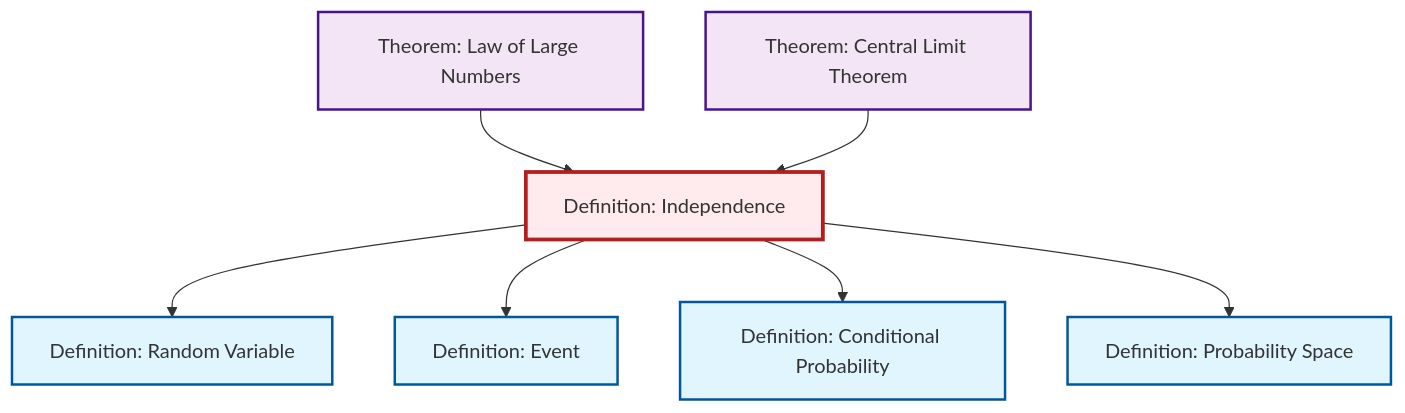
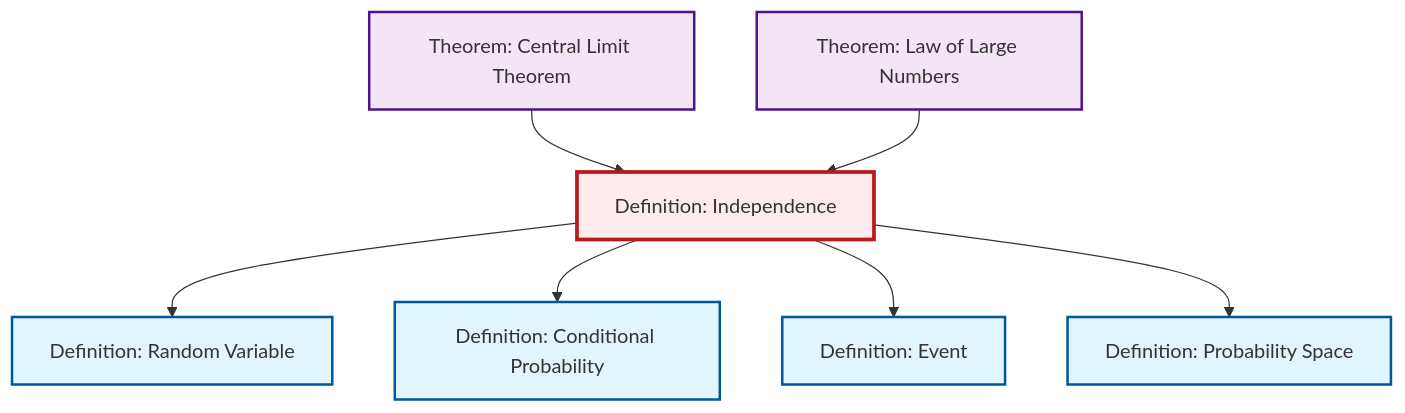
Before and after one commit to RK0429/ModernMath: the diagram in content/ja/probability-statistics/def-independence.qmd, drawn with Mermaid. The commit also changed other lines of this file and 619 other files, not shown here.

````diff
--- a/content/ja/probability-statistics/def-independence.qmd
+++ b/content/ja/probability-statistics/def-independence.qmd
@@ -114,29 +114,29 @@
 ```{mermaid}
 %%| fig-cap: "Local dependency graph"
 graph TD
     classDef definition fill:#e1f5fe,stroke:#01579b,stroke-width:2px
     classDef theorem fill:#f3e5f5,stroke:#4a148c,stroke-width:2px
     classDef axiom fill:#fff3e0,stroke:#e65100,stroke-width:2px
     classDef example fill:#e8f5e9,stroke:#1b5e20,stroke-width:2px
     classDef current fill:#ffebee,stroke:#b71c1c,stroke-width:3px
+    thm-central-limit["Theorem: Central Limit Theorem"]:::theorem
+    def-event["Definition: Event"]:::definition
+    thm-law-of-large-numbers["Theorem: Law of Large Numbers"]:::theorem
     def-probability-space["Definition: Probability Space"]:::definition
-    thm-law-of-large-numbers["Theorem: Law of Large Numbers"]:::theorem
-    def-conditional-probability["Definition: Conditional Probability"]:::definition
     def-random-variable["Definition: Random Variable"]:::definition
     def-independence["Definition: Independence"]:::definition
-    def-event["Definition: Event"]:::definition
-    thm-central-limit["Theorem: Central Limit Theorem"]:::theorem
+    def-conditional-probability["Definition: Conditional Probability"]:::definition
+    thm-central-limit --> def-independence
     def-independence --> def-random-variable
+    def-independence --> def-conditional-probability
     def-independence --> def-event
-    def-independence --> def-conditional-probability
     thm-law-of-large-numbers --> def-independence
-    thm-central-limit --> def-independence
     def-independence --> def-probability-space
     class def-independence current
+    click thm-central-limit "thm-central-limit.html" "Theorem: Central Limit Theoremへ"
+    click def-event "def-event.html" "Definition: Eventへ"
+    click thm-law-of-large-numbers "thm-law-of-large-numbers.html" "Theorem: Law of Large Numbersへ"
     click def-probability-space "def-probability-space.html" "Definition: Probability Spaceへ"
-    click thm-law-of-large-numbers "thm-law-of-large-numbers.html" "Theorem: Law of Large Numbersへ"
+    click def-random-variable "def-random-variable.html" "Definition: Random Variableへ"
     click def-conditional-probability "def-conditional-probability.html" "Definition: Conditional Probabilityへ"
-    click def-random-variable "def-random-variable.html" "Definition: Random Variableへ"
-    click def-event "def-event.html" "Definition: Eventへ"
-    click thm-central-limit "thm-central-limit.html" "Theorem: Central Limit Theoremへ"
 ```
````
